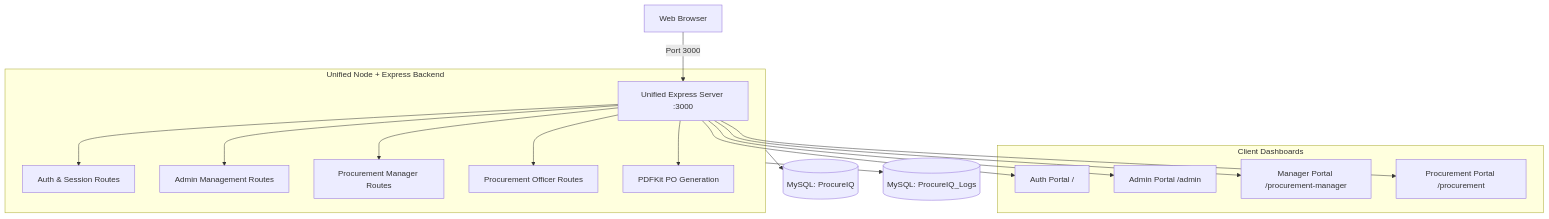
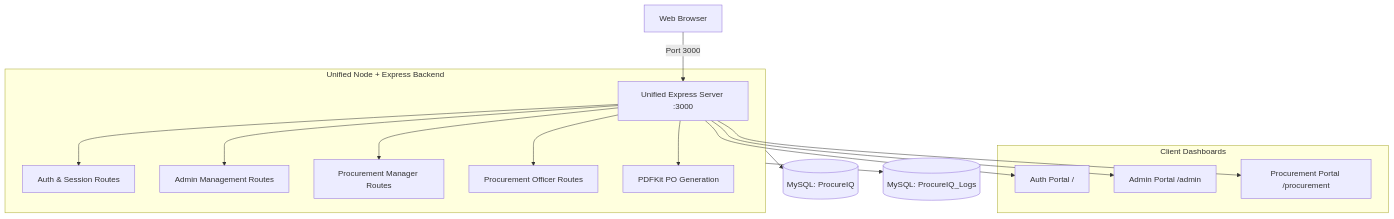
The diagram in README.md (sahilhoney14/NIMIT_PROCUREIQ), drawn with Mermaid before and after one commit. The commit also changed other lines of this file and 43 other files, not shown here.

````diff
--- a/README.md
+++ b/README.md
@@ -13,22 +13,21 @@
 ```mermaid
 graph TD
     Client[Web Browser] -->|Port 3000| UnifiedServer[Unified Express Server :3000]
 
     subgraph Backend [Unified Node + Express Backend]
         UnifiedServer --> AuthRoutes[Auth & Session Routes]
         UnifiedServer --> AdminRoutes[Admin Management Routes]
         UnifiedServer --> MgrRoutes[Procurement Manager Routes]
         UnifiedServer --> ProcRoutes[Procurement Officer Routes]
         UnifiedServer --> PDFService[PDFKit PO Generation]
     end
 
     subgraph Frontend [Client Dashboards]
         UnifiedServer --> AuthUI[Auth Portal /]
         UnifiedServer --> AdminUI[Admin Portal /admin]
-        UnifiedServer --> MgrUI[Manager Portal /procurement-manager]
         UnifiedServer --> ProcUI[Procurement Portal /procurement]
     end
 
     Backend --> DB1[(MySQL: ProcureIQ)]
     Backend --> DB2[(MySQL: ProcureIQ_Logs)]
 ```
````
